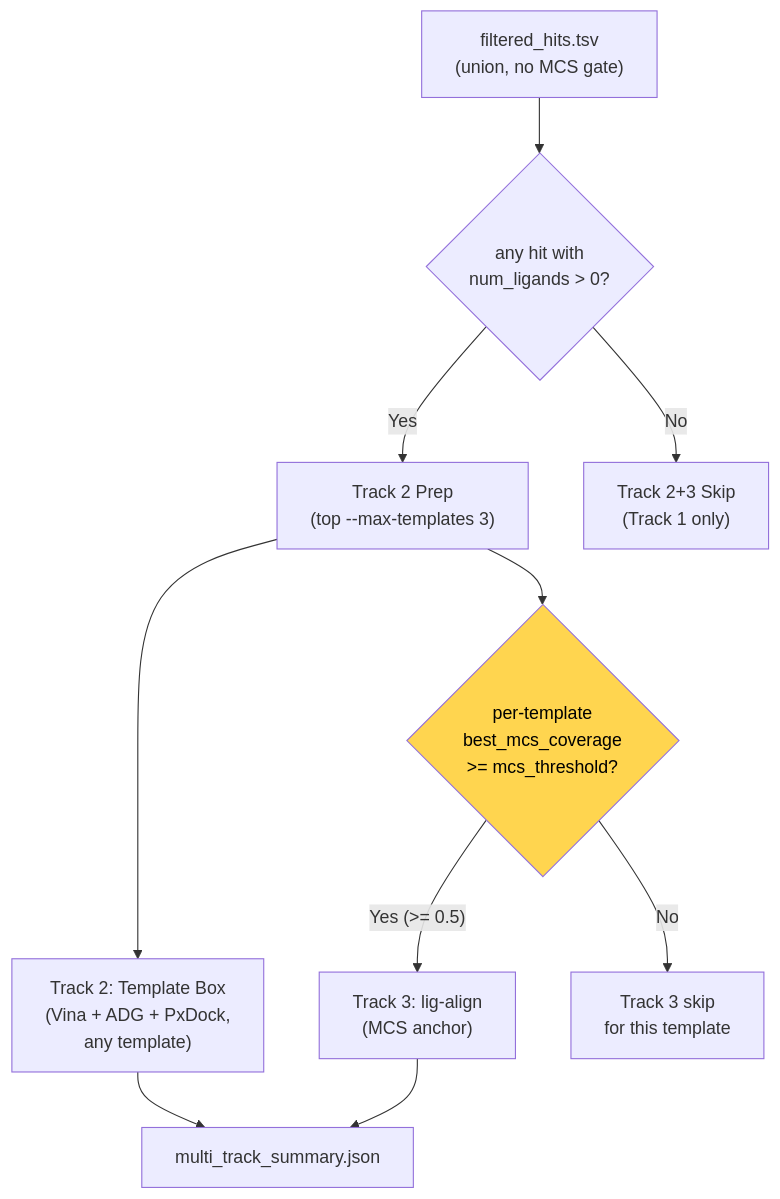
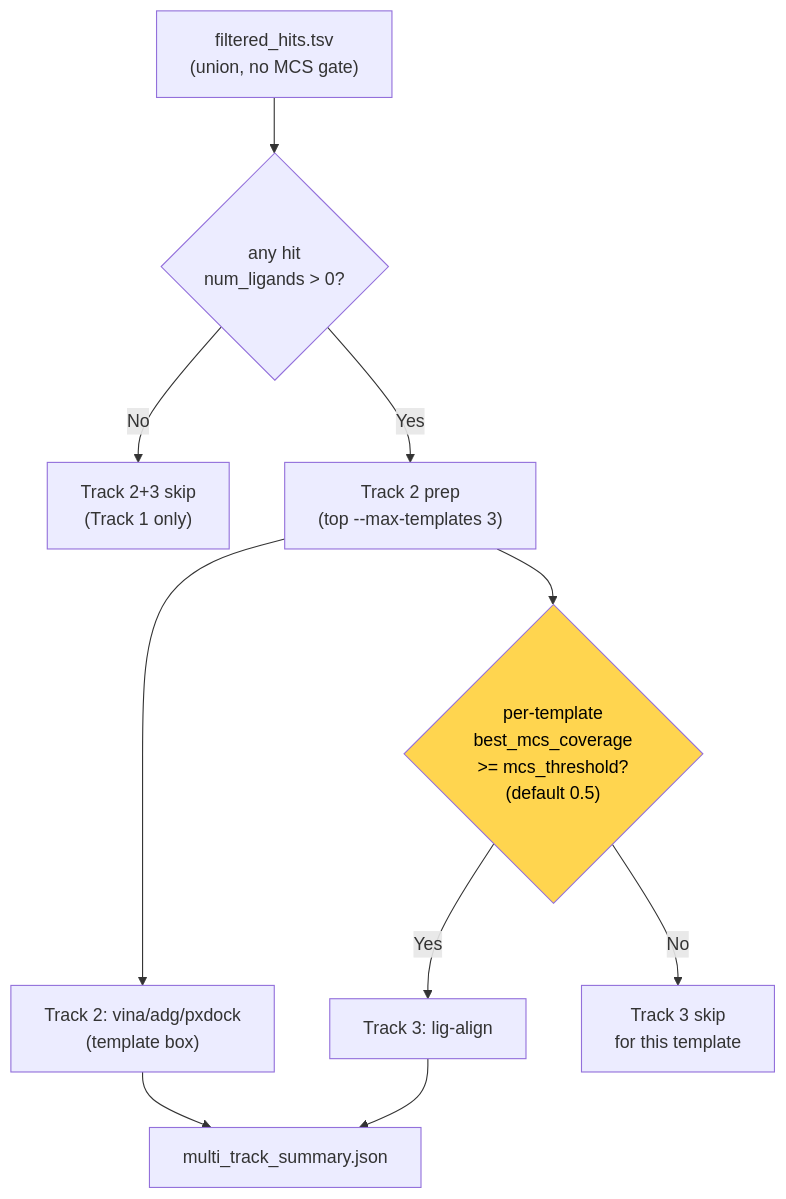
The second of 4 diagrams in docs/pipeline.md (eightmm/mosaic-pl), drawn with Mermaid before and after one commit. The commit also changed other lines of this file, not shown here.

````diff
--- a/docs/pipeline.md
+++ b/docs/pipeline.md
@@ -561,14 +286,14 @@
 ```mermaid
 flowchart TB
-    START["filtered_hits.tsv\n(union, no MCS gate)"]
-    START --> ANY{"any hit with\nnum_ligands > 0?"}
-    ANY -->|"Yes"| T2_PREP["Track 2 Prep\n(top --max-templates 3)"]
-    ANY -->|"No"| SKIP["Track 2+3 Skip\n(Track 1 only)"]
-    T2_PREP --> T2["Track 2: Template Box\n(Vina + ADG + PxDock,\nany template)"]
-    T2_PREP --> MCS{"per-template\nbest_mcs_coverage\n>= mcs_threshold?"}
-    MCS -->|"Yes (>= 0.5)"| T3["Track 3: lig-align\n(MCS anchor)"]
-    MCS -->|"No"| T3SKIP["Track 3 skip\nfor this template"]
-    T2 & T3 --> SUMMARY["multi_track_summary.json"]
+    F["filtered_hits.tsv\n(union, no MCS gate)"]
+    F --> ANY{"any hit\nnum_ligands > 0?"}
+    ANY -->|No| SKIP["Track 2+3 skip\n(Track 1 only)"]
+    ANY -->|Yes| T2_PREP["Track 2 prep\n(top --max-templates 3)"]
+    T2_PREP --> T2["Track 2: vina/adg/pxdock\n(template box)"]
+    T2_PREP --> MCS{"per-template\nbest_mcs_coverage\n>= mcs_threshold?\n(default 0.5)"}
+    MCS -->|Yes| T3["Track 3: lig-align"]
+    MCS -->|No| T3SKIP["Track 3 skip\nfor this template"]
+    T2 & T3 --> SUM["multi_track_summary.json"]
 
     style MCS fill:#ffd54f,color:#000
 ```
````
